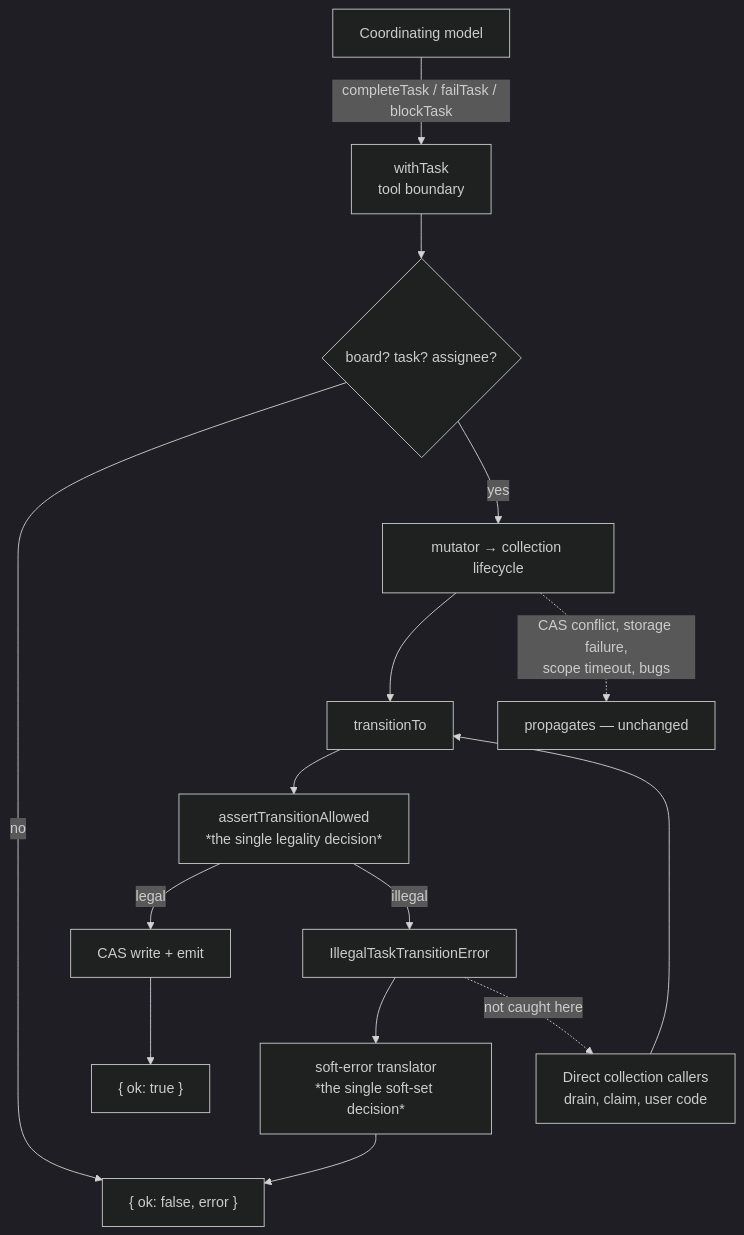
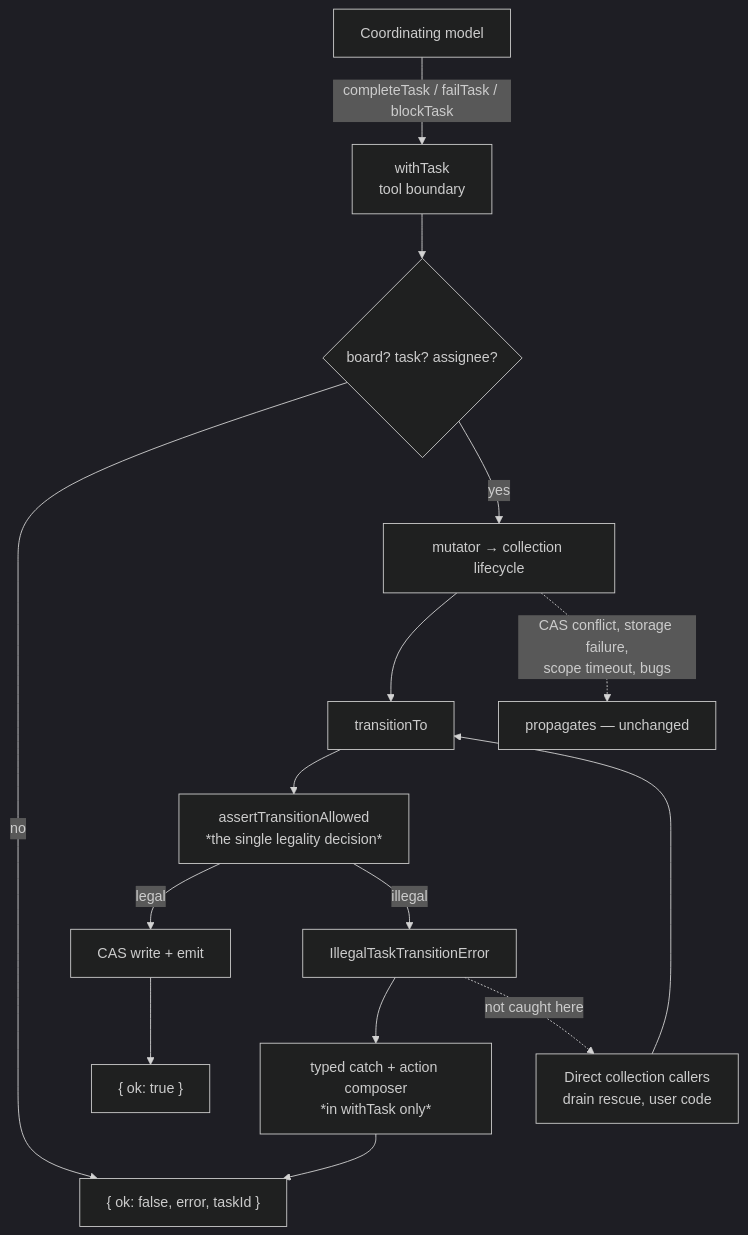
Before and after one commit to fixpoint-labs/flow-state-dev: the diagram in docs/specs/FIX-950.md, drawn with Mermaid (dark theme). The commit also changed other lines of this file, not shown here.

````diff
--- a/docs/specs/FIX-950.md
+++ b/docs/specs/FIX-950.md
@@ -119,17 +134,17 @@
 ```mermaid
 flowchart TD
     M[Coordinating model] -->|completeTask / failTask / blockTask| WT[withTask<br/>tool boundary]
     WT --> R{board? task? assignee?}
-    R -->|no| SOFT[" { ok: false, error } "]
+    R -->|no| SOFT[" { ok: false, error, taskId } "]
     R -->|yes| MUT[mutator → collection lifecycle]
     MUT --> TT[transitionTo]
     TT --> AG[assertTransitionAllowed<br/>*the single legality decision*]
     AG -->|legal| W[CAS write + emit] --> OK[" { ok: true } "]
     AG -->|illegal| ERR[IllegalTaskTransitionError]
-    ERR --> XL[soft-error translator<br/>*the single soft-set decision*]
+    ERR --> XL[typed catch + action composer<br/>*in withTask only*]
     XL --> SOFT
     MUT -.->|CAS conflict, storage failure,<br/>scope timeout, bugs| TH[propagates — unchanged]
 
-    DIRECT[Direct collection callers<br/>drain, claim, user code] --> TT
+    DIRECT[Direct collection callers<br/>drain rescue, user code] --> TT
     ERR -.->|not caught here| DIRECT
 ```
````
